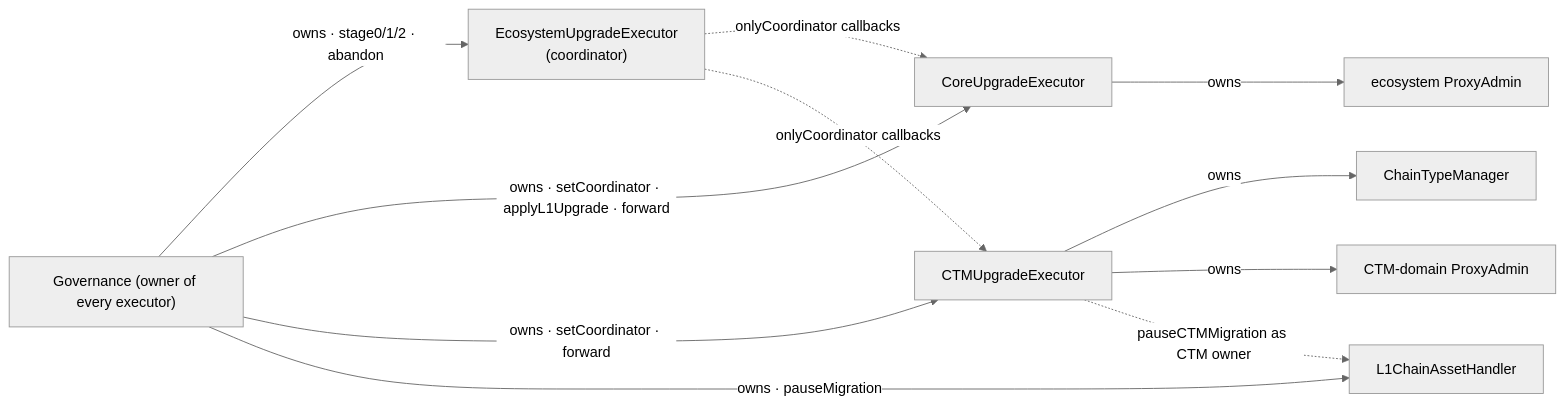
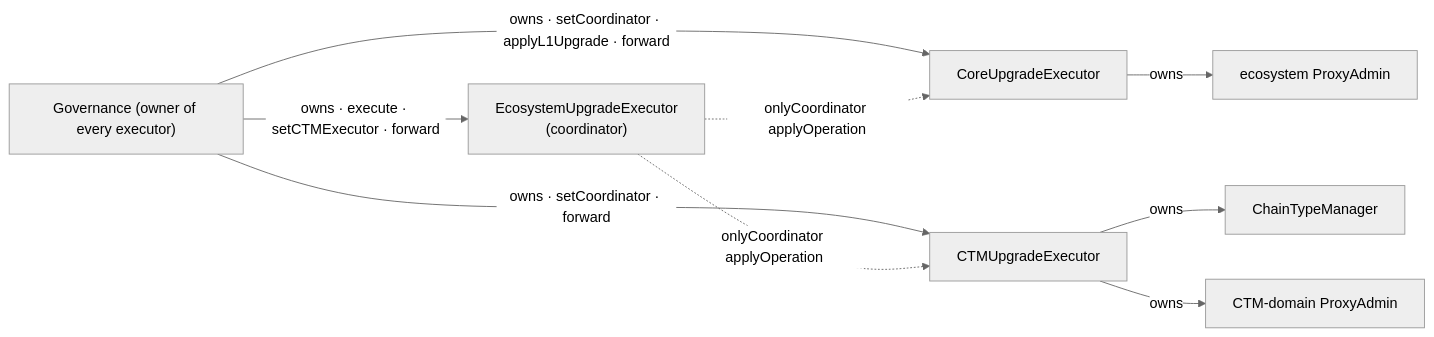
Before and after one commit to matter-labs/era-contracts: the second of 3 diagrams in docs/registry-driven-upgrades.md, drawn with Mermaid (neutral theme). The commit also changed other lines of this file and 120 other files, not shown here.

````diff
--- a/docs/registry-driven-upgrades.md
+++ b/docs/registry-driven-upgrades.md
@@ -192,22 +187,19 @@
 ```mermaid
 flowchart LR
     PUH["Governance (owner of every executor)"]
     EE["EcosystemUpgradeExecutor<br/>(coordinator)"]
     CO["CoreUpgradeExecutor"]
     CE["CTMUpgradeExecutor"]
     PA["ecosystem ProxyAdmin"]
     CPA["CTM-domain ProxyAdmin"]
     CTM["ChainTypeManager"]
-    CAH["L1ChainAssetHandler"]
 
-    PUH -->|"owns · stage0/1/2 · abandon"| EE
+    PUH -->|"owns · execute · setCTMExecutor · forward"| EE
     PUH -->|"owns · setCoordinator · applyL1Upgrade · forward"| CO
     PUH -->|"owns · setCoordinator · forward"| CE
-    PUH -->|"owns · pauseMigration"| CAH
-    EE -.->|"onlyCoordinator callbacks"| CO
-    EE -.->|"onlyCoordinator callbacks"| CE
+    EE -.->|"onlyCoordinator applyOperation"| CO
+    EE -.->|"onlyCoordinator applyOperation"| CE
     CO -->|owns| PA
     CE -->|owns| CTM
     CE -->|owns| CPA
-    CE -.->|"pauseCTMMigration as CTM owner"| CAH
 ```
````
